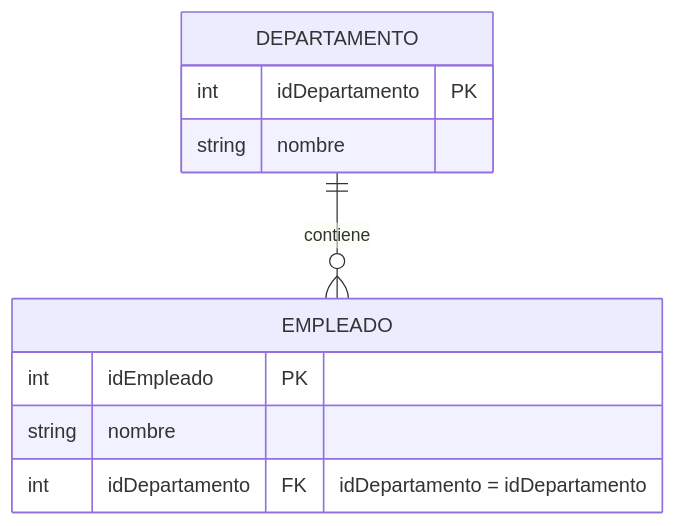
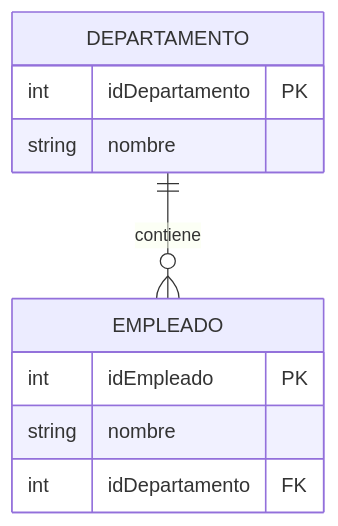
The fourth of 12 diagrams in Untitled.md (Winareku/StarLab), drawn with Mermaid before and after one commit. The commit also changed other lines of this file and 3 other files, not shown here.

````diff
--- a/Untitled.md
+++ b/Untitled.md
@@ -106,13 +131,13 @@
 ```mermaid
 erDiagram
-    DEPARTAMENTO ||--o{ EMPLEADO : contiene
+    DEPARTAMENTO ||--o{ EMPLEADO : "contiene"
     DEPARTAMENTO {
         int idDepartamento PK
         string nombre
     }
     EMPLEADO {
         int idEmpleado PK
         string nombre
-        int idDepartamento FK "idDepartamento = idDepartamento"
+        int idDepartamento FK
     }
 ```
````
